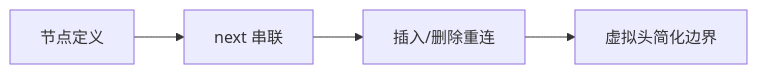
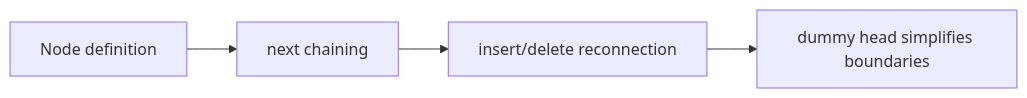
Before and after one commit to HONGLEI111/hhlblog-global: the diagram in src/content/technology/linked-list.md, drawn with Mermaid. The commit also changed 33 other files, not shown here.

First line of the commit message:
content(code): 翻译 mermaid 图节点标签（34 文件 / 267 处）

````diff
--- a/src/content/technology/linked-list.md
+++ b/src/content/technology/linked-list.md
@@ -215,6 +215,6 @@
 ```mermaid
 graph LR
-    A[节点定义] --> B[next 串联]
-    B --> C[插入/删除重连]
-    C --> D[虚拟头简化边界]
+    A[Node definition] --> B[next chaining]
+    B --> C[insert/delete reconnection]
+    C --> D[dummy head simplifies boundaries]
 ```
````
